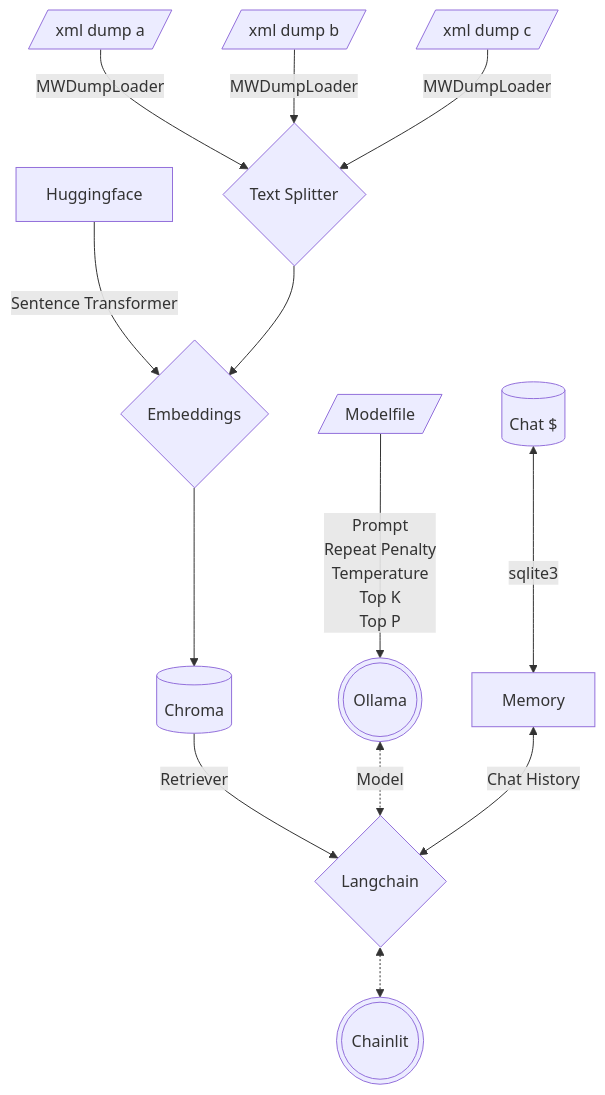
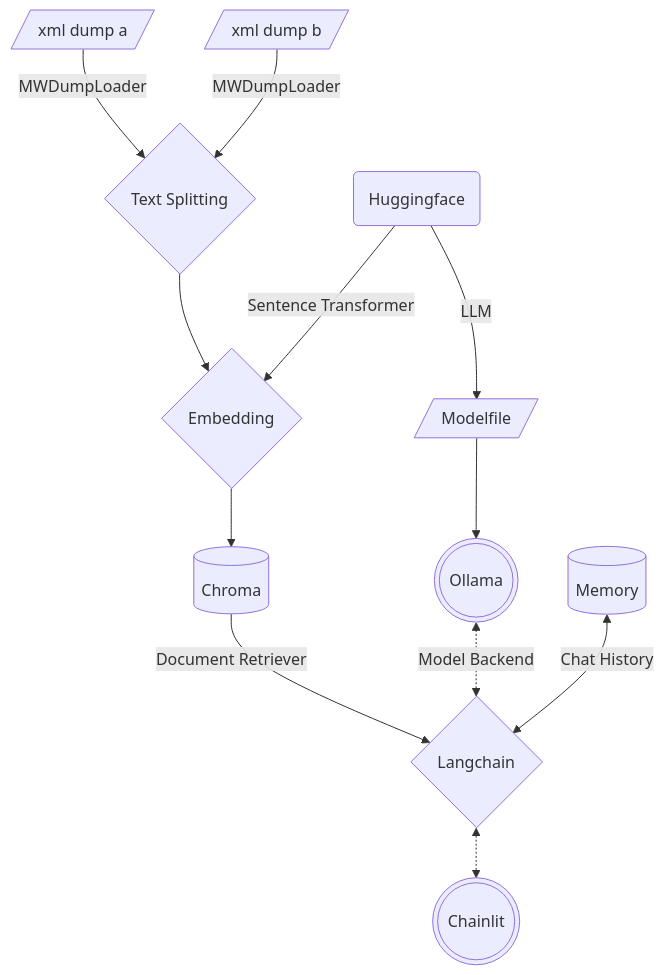
The diagram in README.md (tylertitsworth/multi-mediawiki-rag), drawn with Mermaid before and after one commit. The commit also changed other lines of this file, not shown here.

````diff
--- a/README.md
+++ b/README.md
@@ -34,21 +34,18 @@
 ```mermaid
 graph TD;
-    Huggingface --Sentence Transformer --> emb
     a[/xml dump a/] --MWDumpLoader--> ts
     b[/xml dump b/] --MWDumpLoader--> ts
-    c[/xml dump c/] --MWDumpLoader--> ts
-    ts{Text Splitter} --> emb{Embeddings} --> db
-    db[(Chroma)] --Retriever--> lc
-    modelfile[/Modelfile/] --Prompt\nRepeat Penalty\nTemperature\nTop K\nTop P--> Ollama
-    Ollama(((Ollama))) <-.Model.-> lc
-    Memory <--Chat History--> lc
+    ts{Text Splitting} --> emb{Embedding} --> db
+    db[(Chroma)] --Document Retriever--> lc
+    hf(Huggingface) --Sentence Transformer --> emb
+    hf --LLM--> modelfile
+    modelfile[/Modelfile/] --> Ollama
+    Ollama(((Ollama))) <-.Model Backend.-> lc
+    Mem[(Memory)] <--Chat History--> lc
     lc{Langchain} <-.-> cl(((Chainlit)))
-    cache1[(Chat $)] <--sqlite3--> Memory
     click db href "https://github.com/chroma-core/chroma"
-    click Huggingface href "https://huggingface.co/"
+    click hf href "https://huggingface.co/"
     click cl href "https://github.com/Chainlit/chainlit"
     click lc href "https://github.com/langchain-ai/langchain"
     click Ollama href "https://github.com/jmorganca/ollama"
-    click cache1 href "https://www.sqlite.org/index.html"
-    click cache2 href "https://www.sqlite.org/index.html"
 ```
````
